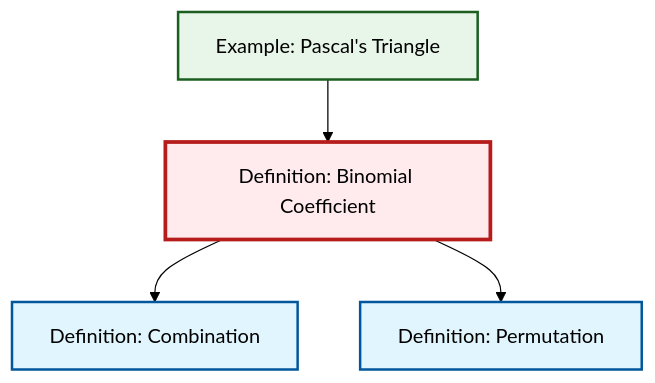
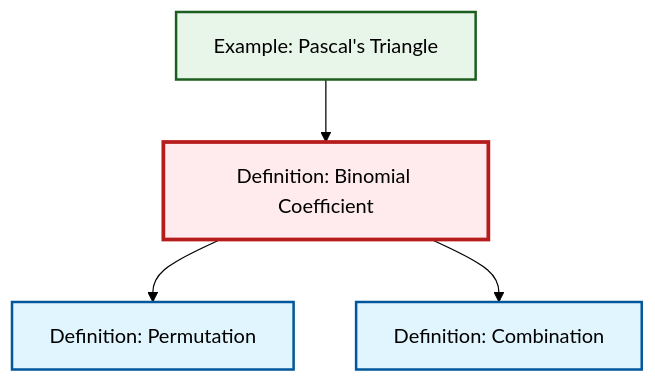
Before and after one commit to RK0429/ModernMath: the diagram in content/ja/combinatorics/def-binomial-coefficient.qmd, drawn with Mermaid (forest theme). The commit also changed other lines of this file and 530 other files, not shown here.

````diff
--- a/content/ja/combinatorics/def-binomial-coefficient.qmd
+++ b/content/ja/combinatorics/def-binomial-coefficient.qmd
@@ -64,20 +64,20 @@
 ```{mermaid}
 %%| fig-cap: "Local dependency graph"
 graph TD
     classDef definition fill:#e1f5fe,stroke:#01579b,stroke-width:2px
     classDef theorem fill:#f3e5f5,stroke:#4a148c,stroke-width:2px
     classDef axiom fill:#fff3e0,stroke:#e65100,stroke-width:2px
     classDef example fill:#e8f5e9,stroke:#1b5e20,stroke-width:2px
     classDef current fill:#ffebee,stroke:#b71c1c,stroke-width:3px
+    def-binomial-coefficient["Definition: Binomial Coefficient"]:::definition
+    def-combination["Definition: Combination"]:::definition
     def-permutation["Definition: Permutation"]:::definition
     ex-pascals-triangle["Example: Pascal's Triangle"]:::example
-    def-combination["Definition: Combination"]:::definition
-    def-binomial-coefficient["Definition: Binomial Coefficient"]:::definition
+    def-binomial-coefficient --> def-permutation
+    ex-pascals-triangle --> def-binomial-coefficient
     def-binomial-coefficient --> def-combination
-    ex-pascals-triangle --> def-binomial-coefficient
-    def-binomial-coefficient --> def-permutation
     class def-binomial-coefficient current
+    click def-combination "def-combination.html" "Definition: Combinationへ"
     click def-permutation "def-permutation.html" "Definition: Permutationへ"
     click ex-pascals-triangle "ex-pascals-triangle.html" "Example: Pascal's Triangleへ"
-    click def-combination "def-combination.html" "Definition: Combinationへ"
 ```
````
